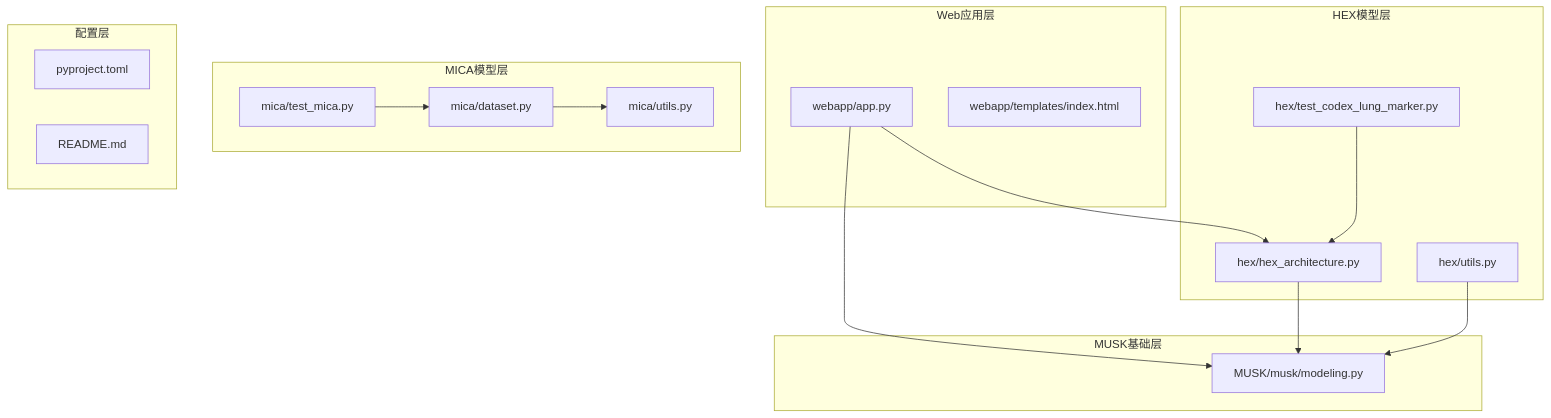
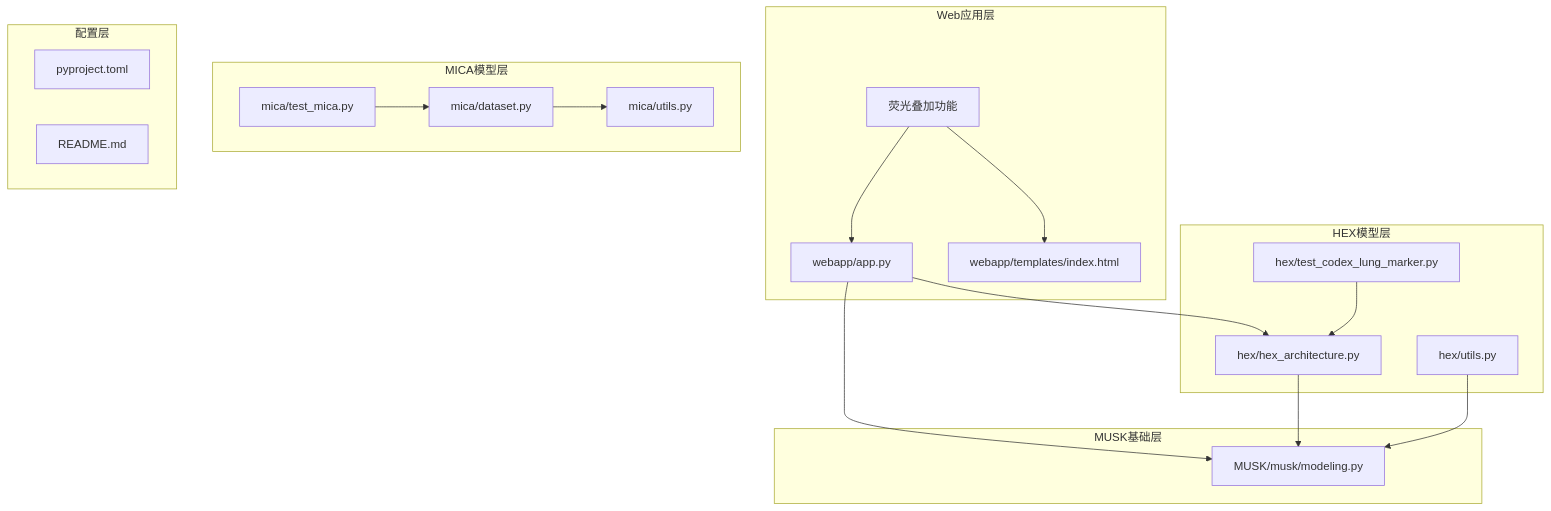
One commit to acproject/HEX changed the first of 11 diagrams in .qoder/repowiki/zh/content/配置与部署/Web应用程序开发指南.md. Above: the diagram before and after it, drawn with Mermaid. The commit also changed other lines of this file and 7 other files, not shown here.

````diff
--- a/.qoder/repowiki/zh/content/配置与部署/Web应用程序开发指南.md
+++ b/.qoder/repowiki/zh/content/配置与部署/Web应用程序开发指南.md
@@ -44,31 +57,34 @@
 ```mermaid
 graph TB
 subgraph "Web应用层"
 WebApp[webapp/app.py]
 Templates[webapp/templates/index.html]
+EndFluorescent[荧光叠加功能]
+EndFluorescent --> WebApp
+EndFluorescent --> Templates
 end
 subgraph "HEX模型层"
 HexArch[hex/hex_architecture.py]
 HexUtils[hex/utils.py]
 TestHex[hex/test_codex_lung_marker.py]
 end
 subgraph "MICA模型层"
 MicaDataset[mica/dataset.py]
 MicaUtils[mica/utils.py]
 TestMica[mica/test_mica.py]
 end
 subgraph "MUSK基础层"
 MuskModel[MUSK/musk/modeling.py]
 end
 subgraph "配置层"
 Config[pyproject.toml]
 Readme[README.md]
 end
 WebApp --> HexArch
 WebApp --> MuskModel
 HexArch --> MuskModel
 HexUtils --> MuskModel
 MicaDataset --> MicaUtils
 TestHex --> HexArch
 TestMica --> MicaDataset
 ```
````
